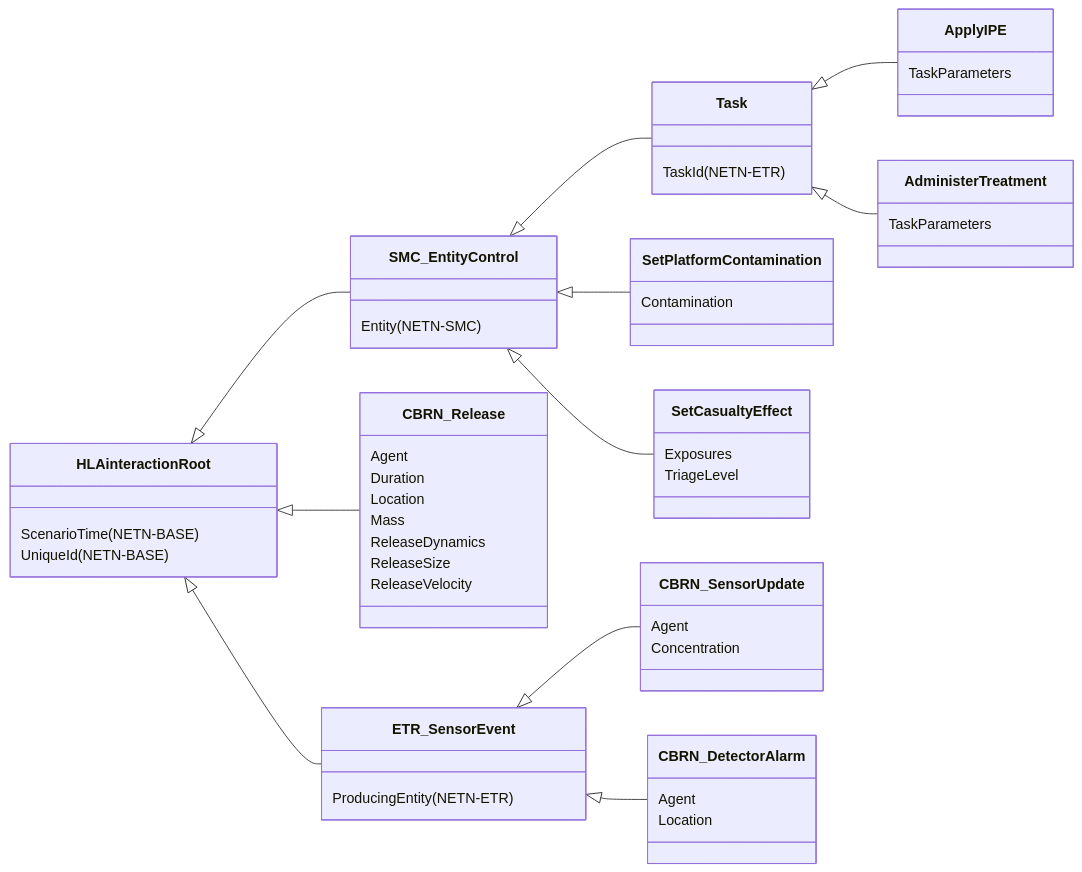
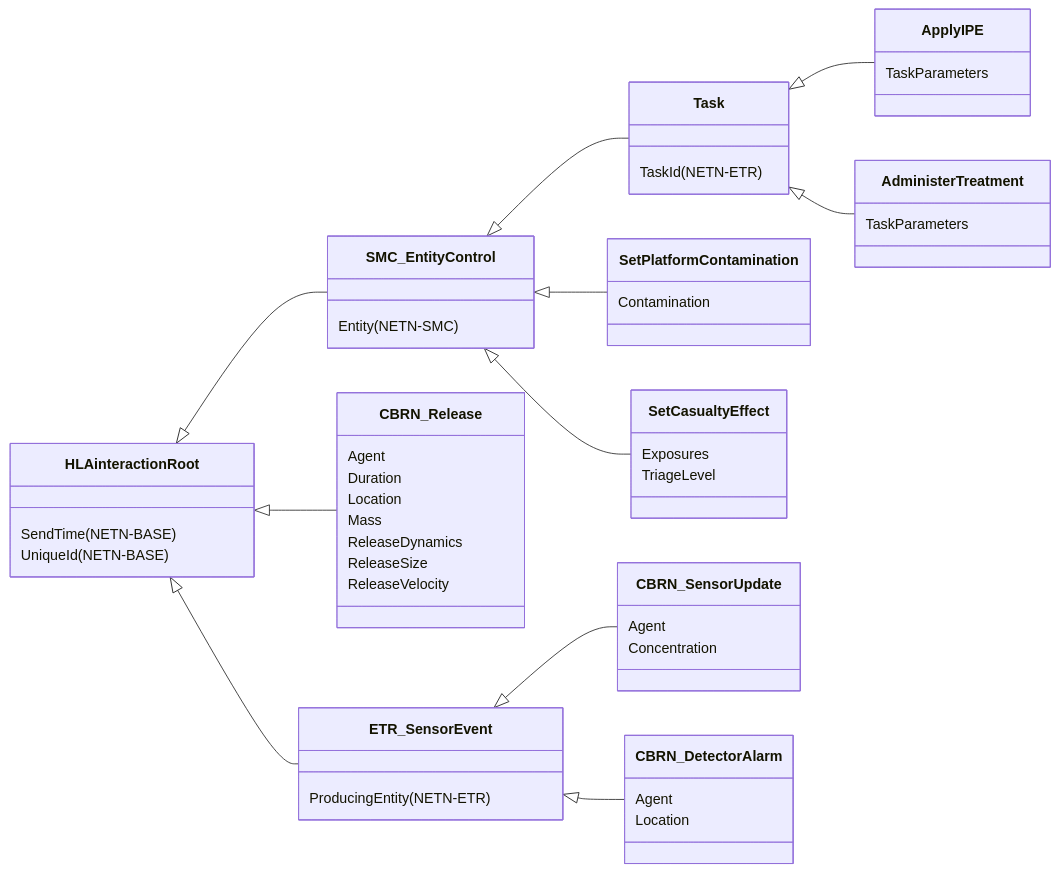
The ninth of 9 diagrams in NETN-CBRN.md (AMSP-04/NETN-CBRN), drawn with Mermaid before and after one commit. The commit also changed other lines of this file and 2 other files, not shown here.

````diff
--- a/NETN-CBRN.md
+++ b/NETN-CBRN.md
@@ -200,35 +397,35 @@
 ```mermaid
 classDiagram 
 direction LR
 HLAinteractionRoot <|-- SMC_EntityControl
 HLAinteractionRoot <|-- CBRN_Release
 HLAinteractionRoot <|-- ETR_SensorEvent
-HLAinteractionRoot : ScenarioTime(NETN-BASE)
+HLAinteractionRoot : SendTime(NETN-BASE)
 HLAinteractionRoot : UniqueId(NETN-BASE)
 SMC_EntityControl <|-- Task
 SMC_EntityControl <|-- SetPlatformContamination
 SMC_EntityControl <|-- SetCasualtyEffect
 SMC_EntityControl : Entity(NETN-SMC)
 Task <|-- ApplyIPE
 Task <|-- AdministerTreatment
 Task : TaskId(NETN-ETR)
 ApplyIPE : TaskParameters
 AdministerTreatment : TaskParameters
 SetPlatformContamination : Contamination
 SetCasualtyEffect : Exposures
 SetCasualtyEffect : TriageLevel
 CBRN_Release : Agent
 CBRN_Release : Duration
 CBRN_Release : Location
 CBRN_Release : Mass
 CBRN_Release : ReleaseDynamics
 CBRN_Release : ReleaseSize
 CBRN_Release : ReleaseVelocity
 ETR_SensorEvent <|-- CBRN_SensorUpdate
 ETR_SensorEvent <|-- CBRN_DetectorAlarm
 ETR_SensorEvent : ProducingEntity(NETN-ETR)
 CBRN_SensorUpdate : Agent
 CBRN_SensorUpdate : Concentration
 CBRN_DetectorAlarm : Agent
 CBRN_DetectorAlarm : Location
 ```
````
